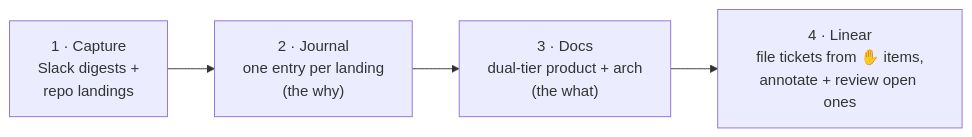
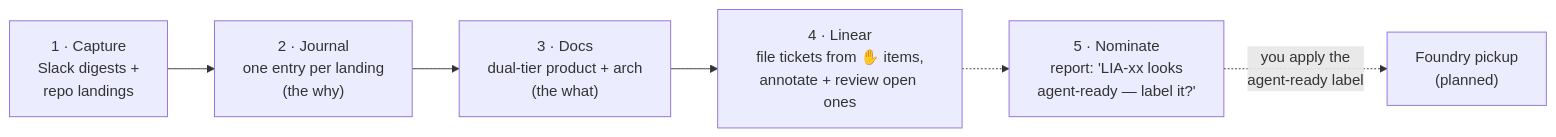
The first of 4 diagrams in apps/argus/README.md (d0nwong/citadel), drawn with Mermaid before and after one commit. The commit also changed other lines of this file, not shown here.

Commit message:
docs: extend loop diagram with nomination stage and Foundry pickup
Claude-Session: https://claude.ai/code/session_01GfroAvz6wqWBnoTLJGnLzm

````diff
--- a/apps/argus/README.md
+++ b/apps/argus/README.md
@@ -14,9 +15,12 @@
 ```mermaid
 flowchart LR
     capture["1 · Capture<br/>Slack digests +<br/>repo landings"]
     journal["2 · Journal<br/>one entry per landing<br/>(the why)"]
     docs["3 · Docs<br/>dual-tier product + arch<br/>(the what)"]
     tickets["4 · Linear<br/>file tickets from ✋ items,<br/>annotate + review open ones"]
+    nominate["5 · Nominate<br/>report: 'LIA-xx looks<br/>agent-ready — label it?'"]
+    pickup["Foundry pickup<br/>(planned)"]
 
     capture --> journal --> docs --> tickets
+    tickets -.-> nominate -. "you apply the<br/>agent-ready label" .-> pickup
 ```
````
